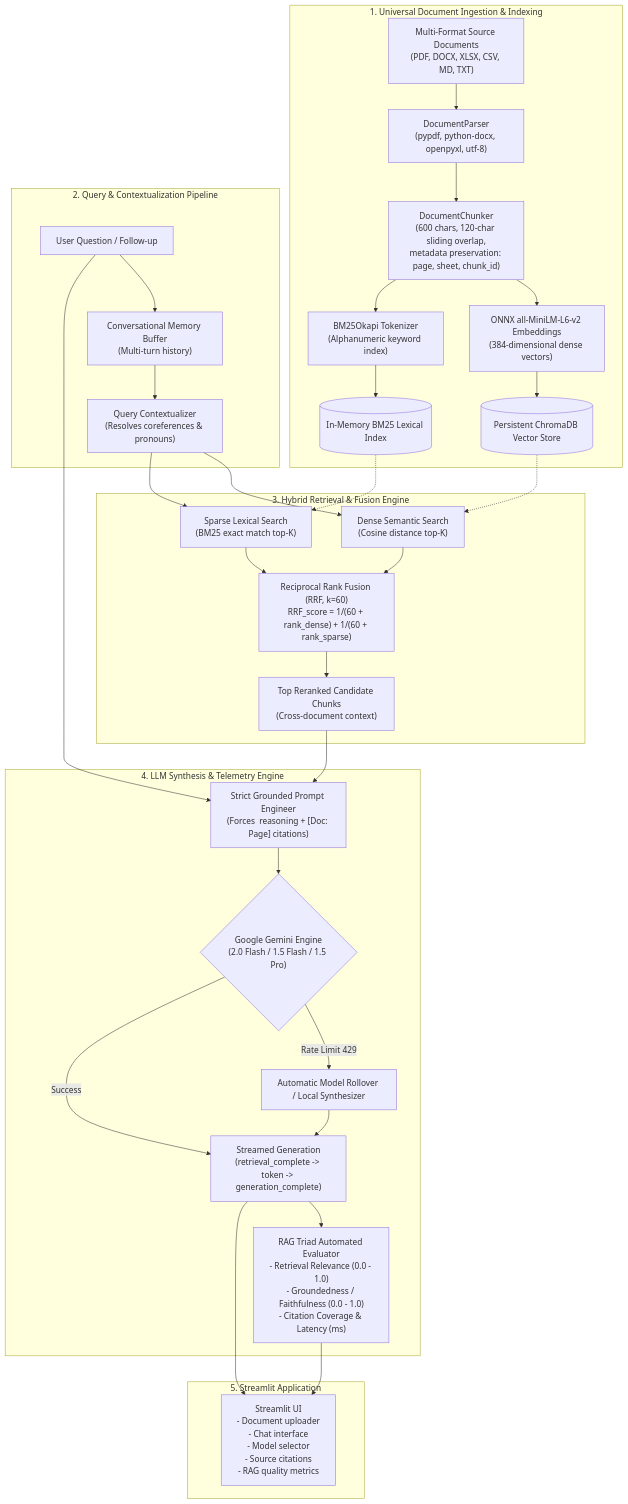
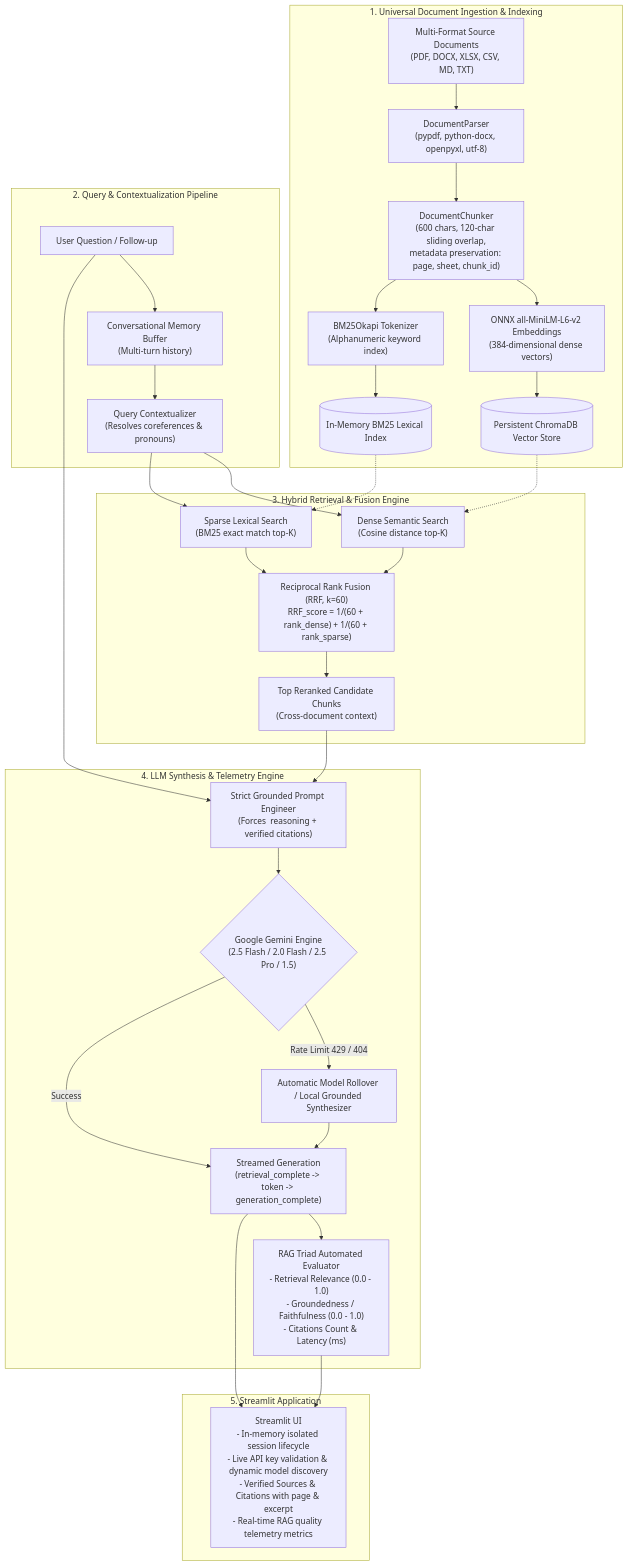
Before and after one commit to Joshan2007/DocAI-RAG: the diagram in README.md, drawn with Mermaid. The commit also changed other lines of this file, not shown here.

Commit message:
docs(readme): update model lineup, citations visibility, telemetry alignment, and session isolation

````diff
--- a/README.md
+++ b/README.md
@@ -19,41 +19,41 @@
 ```mermaid
 flowchart TD
     subgraph INGESTION["1. Universal Document Ingestion & Indexing"]
         DOCS["Multi-Format Source Documents\n(PDF, DOCX, XLSX, CSV, MD, TXT)"] --> PARSER["DocumentParser\n(pypdf, python-docx, openpyxl, utf-8)"]
         PARSER --> CHUNKER["DocumentChunker\n(600 chars, 120-char sliding overlap,\nmetadata preservation: page, sheet, chunk_id)"]
         CHUNKER --> DENSE_EMB["ONNX all-MiniLM-L6-v2 Embeddings\n(384-dimensional dense vectors)"]
         CHUNKER --> SPARSE_TOK["BM25Okapi Tokenizer\n(Alphanumeric keyword index)"]
         DENSE_EMB --> CHROMA[("Persistent ChromaDB Vector Store")]
         SPARSE_TOK --> BM25_IDX[("In-Memory BM25 Lexical Index")]
     end
 
     subgraph QUERY_PROCESSING["2. Query & Contextualization Pipeline"]
         USER_Q["User Question / Follow-up"] --> MEMORY["Conversational Memory Buffer\n(Multi-turn history)"]
         MEMORY --> REFORMULATOR["Query Contextualizer\n(Resolves coreferences & pronouns)"]
     end
 
     subgraph HYBRID_RETRIEVAL["3. Hybrid Retrieval & Fusion Engine"]
         REFORMULATOR --> D_SEARCH["Dense Semantic Search\n(Cosine distance top-K)"]
         REFORMULATOR --> S_SEARCH["Sparse Lexical Search\n(BM25 exact match top-K)"]
         CHROMA -.-> D_SEARCH
         BM25_IDX -.-> S_SEARCH
         D_SEARCH --> RRF["Reciprocal Rank Fusion (RRF, k=60)\nRRF_score = 1/(60 + rank_dense) + 1/(60 + rank_sparse)"]
         S_SEARCH --> RRF
         RRF --> TOP_CHUNKS["Top Reranked Candidate Chunks\n(Cross-document context)"]
     end
 
     subgraph GENERATION_EVAL["4. LLM Synthesis & Telemetry Engine"]
-        TOP_CHUNKS --> PROMPT_ENG["Strict Grounded Prompt Engineer\n(Forces <thought> reasoning + [Doc: Page] citations)"]
+        TOP_CHUNKS --> PROMPT_ENG["Strict Grounded Prompt Engineer\n(Forces <thought> reasoning + verified citations)"]
         USER_Q --> PROMPT_ENG
-        PROMPT_ENG --> GEMINI{"Google Gemini Engine\n(2.0 Flash / 1.5 Flash / 1.5 Pro)"}
-        GEMINI -- "Rate Limit 429" --> ROTATE["Automatic Model Rollover / Local Synthesizer"]
+        PROMPT_ENG --> GEMINI{"Google Gemini Engine\n(2.5 Flash / 2.0 Flash / 2.5 Pro / 1.5)"}
+        GEMINI -- "Rate Limit 429 / 404" --> ROTATE["Automatic Model Rollover / Local Grounded Synthesizer"]
         GEMINI -- "Success" --> STREAM["Streamed Generation\n(retrieval_complete -> token -> generation_complete)"]
         ROTATE --> STREAM
-        STREAM --> EVAL["RAG Triad Automated Evaluator\n- Retrieval Relevance (0.0 - 1.0)\n- Groundedness / Faithfulness (0.0 - 1.0)\n- Citation Coverage & Latency (ms)"]
+        STREAM --> EVAL["RAG Triad Automated Evaluator\n- Retrieval Relevance (0.0 - 1.0)\n- Groundedness / Faithfulness (0.0 - 1.0)\n- Citations Count & Latency (ms)"]
     end
 
     subgraph PRESENTATION["5. Streamlit Application"]
-      STREAM --> UI["Streamlit UI\n- Document uploader\n- Chat interface\n- Model selector\n- Source citations\n- RAG quality metrics"]
+      STREAM --> UI["Streamlit UI\n- In-memory isolated session lifecycle\n- Live API key validation & dynamic model discovery\n- Verified Sources & Citations with page & excerpt\n- Real-time RAG quality telemetry metrics"]
         EVAL --> UI
     end
 ```
````
